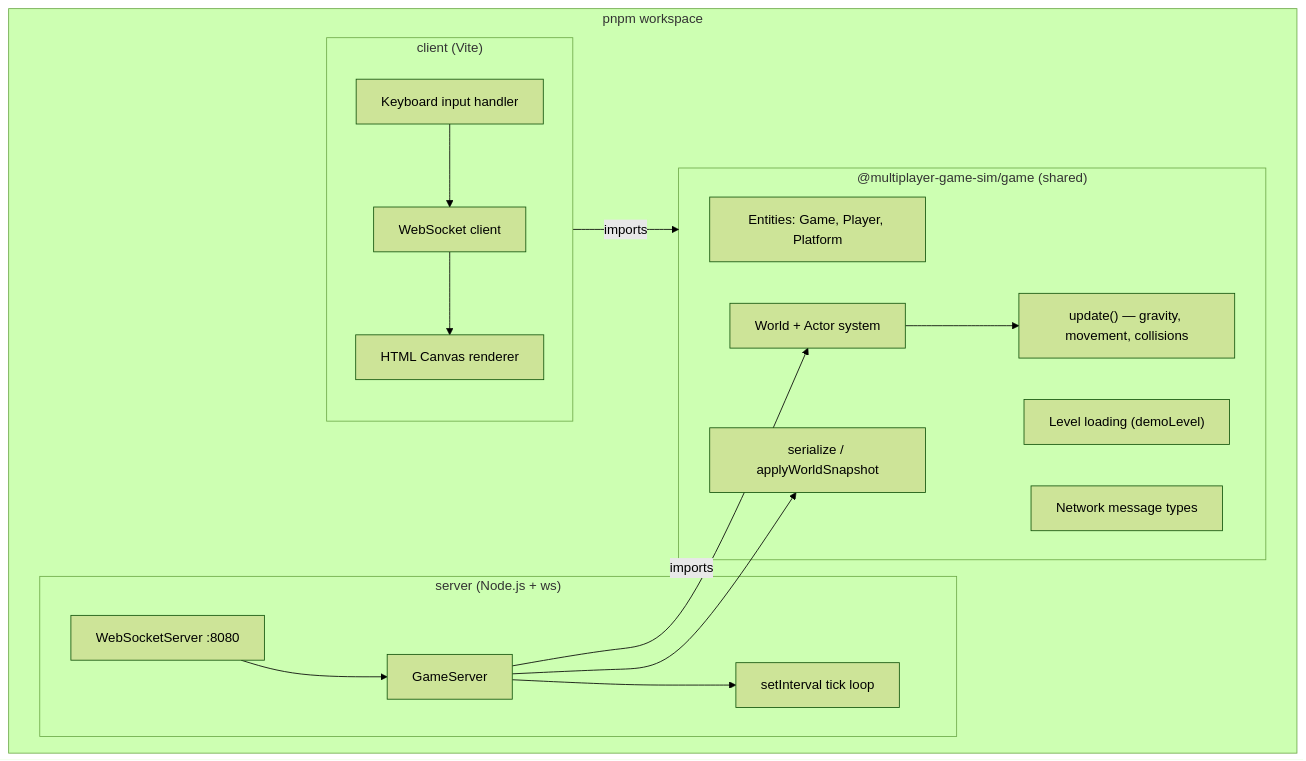
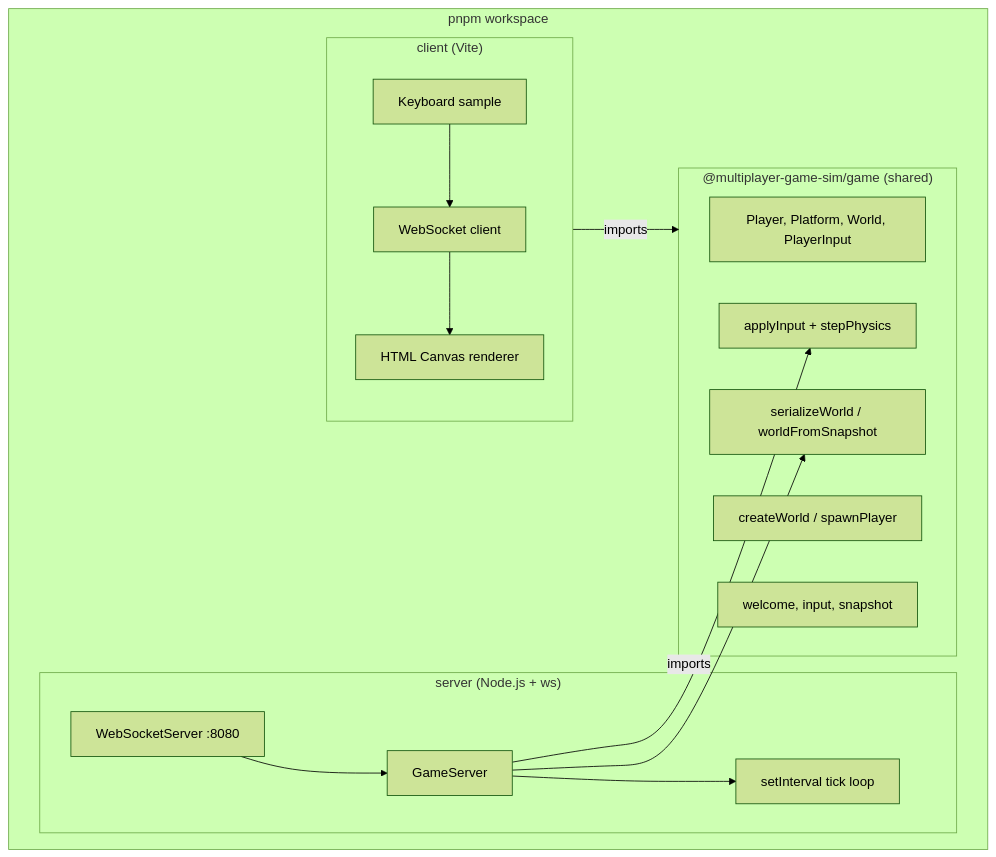
One commit to adilsaid64/multiplayer-game-sim changed the first of 2 diagrams in README.md. Above: the diagram before and after it, drawn with Mermaid (forest theme). The commit also changed other lines of this file and 22 other files, not shown here.

````diff
--- a/README.md
+++ b/README.md
@@ -27,36 +27,34 @@
 ```mermaid
 flowchart TB
     subgraph Monorepo["pnpm workspace"]
         subgraph ClientPkg["client (Vite)"]
             Canvas["HTML Canvas renderer"]
-            Input["Keyboard input handler"]
+            Input["Keyboard sample"]
             WSClient["WebSocket client"]
         end
 
         subgraph ServerPkg["server (Node.js + ws)"]
             WSServer["WebSocketServer :8080"]
             GameServer["GameServer"]
             TickLoop["setInterval tick loop"]
         end
 
         subgraph GamePkg["@multiplayer-game-sim/game (shared)"]
-            Entities["Entities: Game, Player, Platform"]
-            Level["Level loading (demoLevel)"]
-            World["World + Actor system"]
-            Physics["update() — gravity, movement, collisions"]
-            Snapshot["serialize / applyWorldSnapshot"]
-            Messages["Network message types"]
+            Types["Player, Platform, World, PlayerInput"]
+            Level["createWorld / spawnPlayer"]
+            Physics["applyInput + stepPhysics"]
+            Snapshot["serializeWorld / worldFromSnapshot"]
+            Messages["welcome, input, snapshot"]
         end
     end
 
     ClientPkg -->|"imports"| GamePkg
     ServerPkg -->|"imports"| GamePkg
 
     Input --> WSClient
     WSClient --> Canvas
     WSServer --> GameServer
     GameServer --> TickLoop
-    GameServer --> World
-    World --> Physics
+    GameServer --> Physics
     GameServer --> Snapshot
 ```
````
